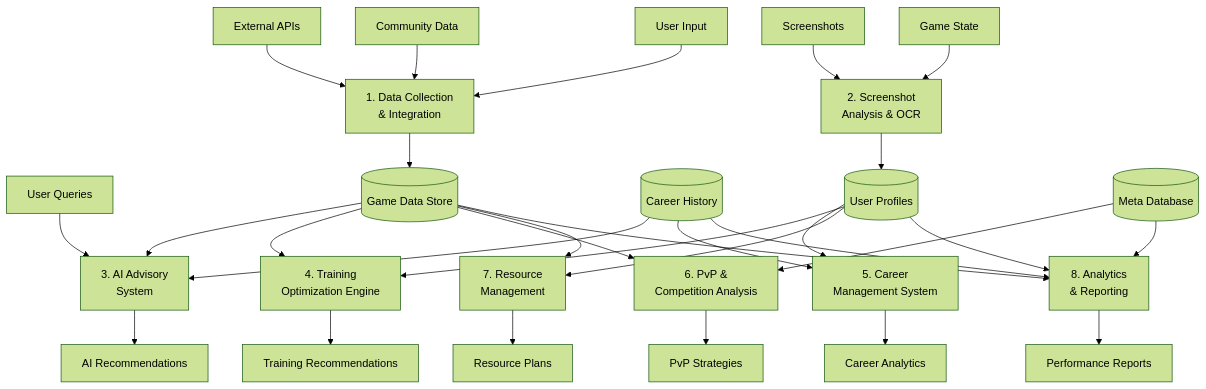
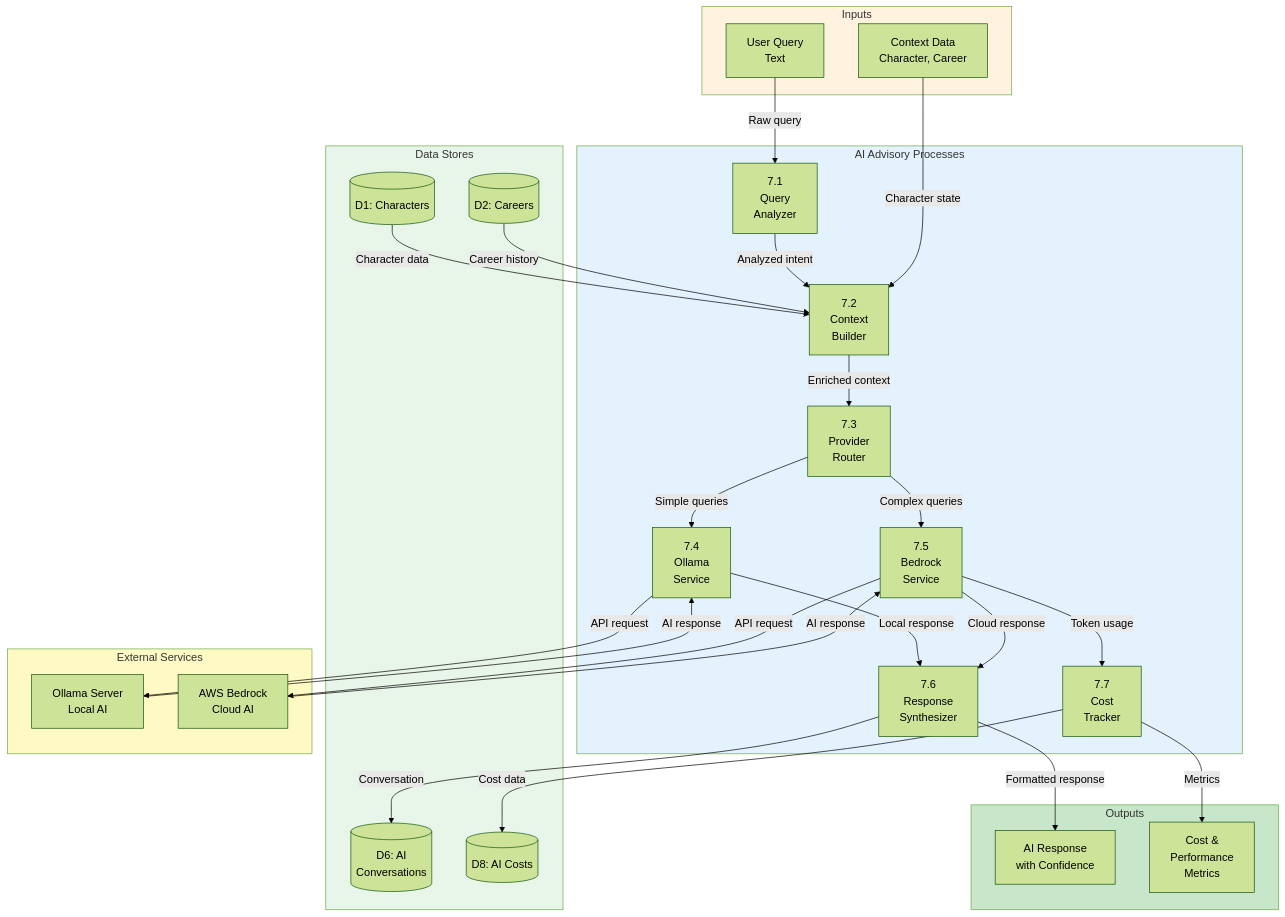
Before and after one commit to exatfrds67/umamusume-career-planner: the fifth of 10 diagrams in docs/01-diagrams/data-flow-diagram.md, drawn with Mermaid (forest theme). The commit also changed other lines of this file and 67 other files, not shown here.

````diff
--- a/docs/01-diagrams/data-flow-diagram.md
+++ b/docs/01-diagrams/data-flow-diagram.md
@@ -127,71 +314,67 @@
 ```mermaid
-graph TB
-    %% External Entities
-    ExtAPIs[External APIs]
-    CommunityData[Community Data]
-    UserInput[User Input]
-    Screenshots[Screenshots]
-    GameState[Game State]
-    UserQueries[User Queries]
-
-    %% Data Stores
-    GameDataStore[(Game Data Store)]
-    CareerHistory[(Career History)]
-    UserProfiles[(User Profiles)]
-    MetaDatabase[(Meta Database)]
-
-    %% Processes
-    DataCollection[1. Data Collection<br/>& Integration]
-    ScreenshotAnalysis[2. Screenshot<br/>Analysis & OCR]
-    AIAdvisory[3. AI Advisory<br/>System]
-    TrainingOptimization[4. Training<br/>Optimization Engine]
-    CareerManagement[5. Career<br/>Management System]
-    PvPAnalysis[6. PvP &<br/>Competition Analysis]
-    ResourceManagement[7. Resource<br/>Management]
-    Analytics[8. Analytics<br/>& Reporting]
-
-    %% Outputs
-    AIRecommendations[AI Recommendations]
-    TrainingRecs[Training Recommendations]
-    CareerAnalytics[Career Analytics]
-    PvPStrategies[PvP Strategies]
-    ResourcePlans[Resource Plans]
-    Reports[Performance Reports]
-
-    %% Data Flow
-    ExtAPIs --> DataCollection
-    CommunityData --> DataCollection
-    UserInput --> DataCollection
-    DataCollection --> GameDataStore
-
-    Screenshots --> ScreenshotAnalysis
-    GameState --> ScreenshotAnalysis
-    ScreenshotAnalysis --> UserProfiles
-
-    UserQueries --> AIAdvisory
-    GameDataStore --> AIAdvisory
-    CareerHistory --> AIAdvisory
-    AIAdvisory --> AIRecommendations
-
-    GameDataStore --> TrainingOptimization
-    UserProfiles --> TrainingOptimization
-    TrainingOptimization --> TrainingRecs
-
-    CareerHistory --> CareerManagement
-    UserProfiles --> CareerManagement
-    CareerManagement --> CareerAnalytics
-
-    MetaDatabase --> PvPAnalysis
-    GameDataStore --> PvPAnalysis
-    PvPAnalysis --> PvPStrategies
-
-    UserProfiles --> ResourceManagement
-    GameDataStore --> ResourceManagement
-    ResourceManagement --> ResourcePlans
-
-    GameDataStore --> Analytics
-    CareerHistory --> Analytics
-    UserProfiles --> Analytics
-    MetaDatabase --> Analytics
-    Analytics --> Reports
+flowchart TB
+    subgraph Inputs[Inputs]
+        UserQuery[User Query<br/>Text]
+        Context[Context Data<br/>Character, Career]
+    end
+    
+    subgraph Processes[AI Advisory Processes]
+        P71[7.1<br/>Query<br/>Analyzer]
+        P72[7.2<br/>Context<br/>Builder]
+        P73[7.3<br/>Provider<br/>Router]
+        P74[7.4<br/>Ollama<br/>Service]
+        P75[7.5<br/>Bedrock<br/>Service]
+        P76[7.6<br/>Response<br/>Synthesizer]
+        P77[7.7<br/>Cost<br/>Tracker]
+    end
+    
+    subgraph DataStores[Data Stores]
+        D1[(D1: Characters)]
+        D2[(D2: Careers)]
+        D6[(D6: AI<br/>Conversations)]
+        D8[(D8: AI Costs)]
+    end
+    
+    subgraph External[External Services]
+        Ollama[Ollama Server<br/>Local AI]
+        Bedrock[AWS Bedrock<br/>Cloud AI]
+    end
+    
+    subgraph Outputs[Outputs]
+        Response[AI Response<br/>with Confidence]
+        Metrics[Cost &<br/>Performance<br/>Metrics]
+    end
+    
+    UserQuery -->|Raw query| P71
+    P71 -->|Analyzed intent| P72
+    
+    Context -->|Character state| P72
+    D1 -->|Character data| P72
+    D2 -->|Career history| P72
+    
+    P72 -->|Enriched context| P73
+    P73 -->|Simple queries| P74
+    P73 -->|Complex queries| P75
+    
+    P74 -->|API request| Ollama
+    Ollama -->|AI response| P74
+    
+    P75 -->|API request| Bedrock
+    Bedrock -->|AI response| P75
+    
+    P74 -->|Local response| P76
+    P75 -->|Cloud response| P76
+    
+    P76 -->|Formatted response| Response
+    P76 -->|Conversation| D6
+    
+    P75 -->|Token usage| P77
+    P77 -->|Cost data| D8
+    P77 -->|Metrics| Metrics
+    
+    style Processes fill:#e3f2fd
+    style DataStores fill:#e8f5e9
+    style Inputs fill:#fff3e0
+    style External fill:#fff9c4
+    style Outputs fill:#c8e6c9
 ```
````
